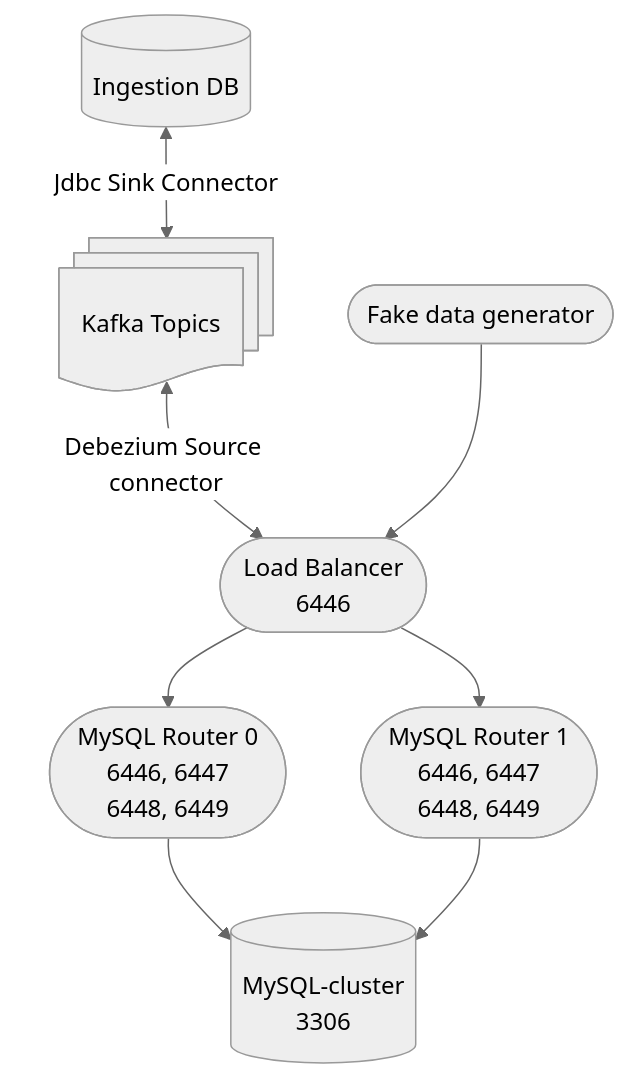
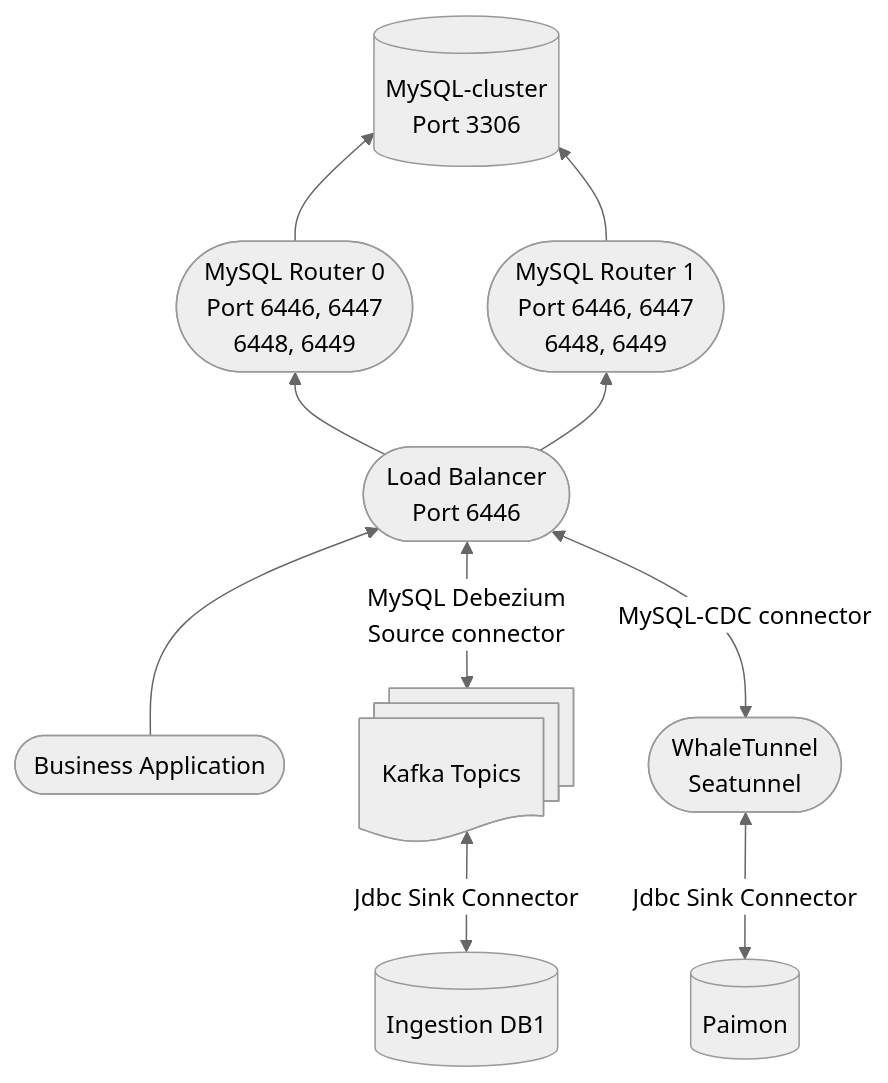
Before and after one commit to larryloi/mysql-lab: the diagram in deploy/cluster/README.md, drawn with Mermaid (neutral theme). The commit also changed other lines of this file and 6 other files, not shown here.

````diff
--- a/deploy/cluster/README.md
+++ b/deploy/cluster/README.md
@@ -12,24 +12,31 @@
 ```mermaid
-graph TD;
+flowchart BT;
     
-    IngestDB[(Ingestion DB)]
+    IngestDB1[(Ingestion DB1)]
+    Paimon[(Paimon)]
     LB([Load Balancer
-    6446])
+    Port 6446])
     Kafka@{ shape: docs, label: "Kafka Topics" }
-    Faker([Fake data generator])
+    APP([Business Application])
     Router0([MySQL Router 0
-    6446, 6447
+    Port 6446, 6447
     6448, 6449])
-    Router1([MySQL Router 1
-    6446, 6447
+    Router1([MySQL Router 1 
+    Port 6446, 6447
     6448, 6449])
     MySQL-cluster[(MySQL-cluster
-    3306)]
+    Port 3306)]
+    ST([WhaleTunnel
+    Seatunnel])
 
-    IngestDB<--Jdbc Sink Connector-->Kafka<--Debezium Source connector-->LB;
-    Faker-->LB;
-    LB-->Router0;
-    LB-->Router1;
-    Router0-->MySQL-cluster;
-    Router1-->MySQL-cluster;
+    Router0 --> MySQL-cluster;
+    Router1 --> MySQL-cluster;
+    LB --> Router0;
+    LB --> Router1;
+    APP --> LB;
+    IngestDB1 <-- Jdbc Sink Connector --> Kafka <-- MySQL Debezium 
+     Source connector --> LB;
+    Paimon <-- Jdbc Sink Connector --> ST <-- MySQL-CDC connector --> LB;
+
+    
 ```
````
